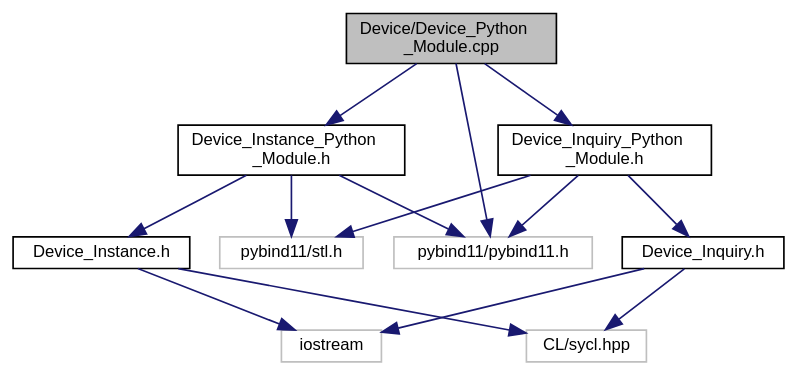
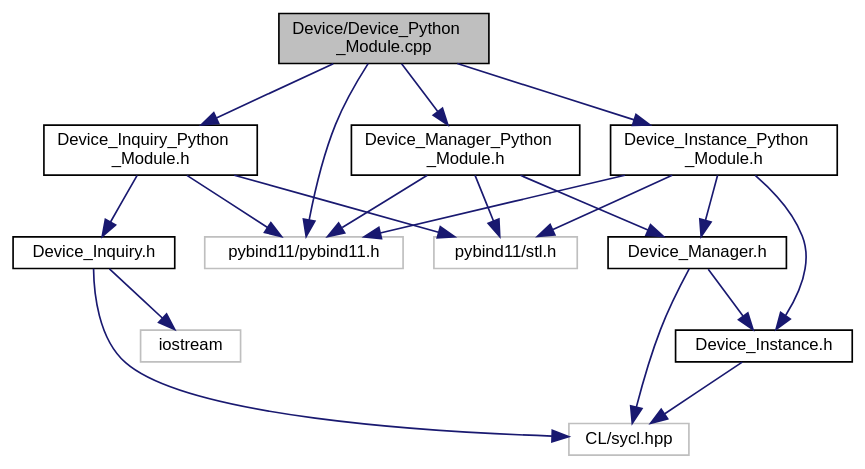
The diagram in docs/PySYCL_doxygen_html/_device___python___module_8cpp__incl.dot (OsmanAEG/PySYCL), drawn with Graphviz before and after one commit. The commit also changed 169 other files, not shown here.

```diff
--- a/docs/PySYCL_doxygen_html/_device___python___module_8cpp__incl.dot
+++ b/docs/PySYCL_doxygen_html/_device___python___module_8cpp__incl.dot
@@ -1,30 +1,38 @@
 digraph "Device/Device_Python_Module.cpp"
 {
  // INTERACTIVE_SVG=YES
  // LATEX_PDF_SIZE
   bgcolor="transparent";
   edge [fontname="Helvetica",fontsize="10",labelfontname="Helvetica",labelfontsize="10"];
   node [fontname="Helvetica",fontsize="10",shape=record];
   Node1 [label="Device/Device_Python\l_Module.cpp",height=0.2,width=0.4,color="black", fillcolor="grey75", style="filled", fontcolor="black",tooltip="Python module for device in PySYCL."];
   Node1 -> Node2 [color="midnightblue",fontsize="10",style="solid",fontname="Helvetica"];
-  Node2 [label="pybind11/pybind11.h",height=0.2,width=0.4,color="grey75",tooltip=" "];
-  Node1 -> Node3 [color="midnightblue",fontsize="10",style="solid",fontname="Helvetica"];
-  Node3 [label="Device_Instance_Python\l_Module.h",height=0.2,width=0.4,color="black",URL="$_device___instance___python___module_8h.html",tooltip="Python module for device instance in PySYCL."];
-  Node3 -> Node2 [color="midnightblue",fontsize="10",style="solid",fontname="Helvetica"];
-  Node3 -> Node4 [color="midnightblue",fontsize="10",style="solid",fontname="Helvetica"];
+  Node2 [label="Device_Inquiry_Python\l_Module.h",height=0.2,width=0.4,color="black",URL="$_device___inquiry___python___module_8h.html",tooltip="Python module for device inquiry in PySYCL."];
+  Node2 -> Node3 [color="midnightblue",fontsize="10",style="solid",fontname="Helvetica"];
+  Node3 [label="pybind11/pybind11.h",height=0.2,width=0.4,color="grey75",tooltip=" "];
+  Node2 -> Node4 [color="midnightblue",fontsize="10",style="solid",fontname="Helvetica"];
   Node4 [label="pybind11/stl.h",height=0.2,width=0.4,color="grey75",tooltip=" "];
-  Node3 -> Node5 [color="midnightblue",fontsize="10",style="solid",fontname="Helvetica"];
-  Node5 [label="Device_Instance.h",height=0.2,width=0.4,color="black",URL="$_device___instance_8h.html",tooltip="Device instance for device selection in PySYCL."];
+  Node2 -> Node5 [color="midnightblue",fontsize="10",style="solid",fontname="Helvetica"];
+  Node5 [label="Device_Inquiry.h",height=0.2,width=0.4,color="black",URL="$_device___inquiry_8h.html",tooltip="Device inquiry in PySYCL."];
   Node5 -> Node6 [color="midnightblue",fontsize="10",style="solid",fontname="Helvetica"];
   Node6 [label="iostream",height=0.2,width=0.4,color="grey75",tooltip=" "];
   Node5 -> Node7 [color="midnightblue",fontsize="10",style="solid",fontname="Helvetica"];
   Node7 [label="CL/sycl.hpp",height=0.2,width=0.4,color="grey75",tooltip=" "];
   Node1 -> Node8 [color="midnightblue",fontsize="10",style="solid",fontname="Helvetica"];
-  Node8 [label="Device_Inquiry_Python\l_Module.h",height=0.2,width=0.4,color="black",URL="$_device___inquiry___python___module_8h.html",tooltip="Python module for device inquiry in PySYCL."];
-  Node8 -> Node2 [color="midnightblue",fontsize="10",style="solid",fontname="Helvetica"];
+  Node8 [label="Device_Instance_Python\l_Module.h",height=0.2,width=0.4,color="black",URL="$_device___instance___python___module_8h.html",tooltip="Python module for device instance in PySYCL."];
+  Node8 -> Node3 [color="midnightblue",fontsize="10",style="solid",fontname="Helvetica"];
   Node8 -> Node4 [color="midnightblue",fontsize="10",style="solid",fontname="Helvetica"];
   Node8 -> Node9 [color="midnightblue",fontsize="10",style="solid",fontname="Helvetica"];
-  Node9 [label="Device_Inquiry.h",height=0.2,width=0.4,color="black",URL="$_device___inquiry_8h.html",tooltip="Device inquiry in PySYCL."];
-  Node9 -> Node6 [color="midnightblue",fontsize="10",style="solid",fontname="Helvetica"];
+  Node9 [label="Device_Instance.h",height=0.2,width=0.4,color="black",URL="$_device___instance_8h.html",tooltip="Device instance for device selection in PySYCL."];
   Node9 -> Node7 [color="midnightblue",fontsize="10",style="solid",fontname="Helvetica"];
+  Node8 -> Node10 [color="midnightblue",fontsize="10",style="solid",fontname="Helvetica"];
+  Node10 [label="Device_Manager.h",height=0.2,width=0.4,color="black",URL="$_device___manager_8h.html",tooltip="Device instance for device selection in PySYCL."];
+  Node10 -> Node7 [color="midnightblue",fontsize="10",style="solid",fontname="Helvetica"];
+  Node10 -> Node9 [color="midnightblue",fontsize="10",style="solid",fontname="Helvetica"];
+  Node1 -> Node11 [color="midnightblue",fontsize="10",style="solid",fontname="Helvetica"];
+  Node11 [label="Device_Manager_Python\l_Module.h",height=0.2,width=0.4,color="black",URL="$_device___manager___python___module_8h.html",tooltip="Python module for device instance in PySYCL."];
+  Node11 -> Node3 [color="midnightblue",fontsize="10",style="solid",fontname="Helvetica"];
+  Node11 -> Node4 [color="midnightblue",fontsize="10",style="solid",fontname="Helvetica"];
+  Node11 -> Node10 [color="midnightblue",fontsize="10",style="solid",fontname="Helvetica"];
+  Node1 -> Node3 [color="midnightblue",fontsize="10",style="solid",fontname="Helvetica"];
 }
```
